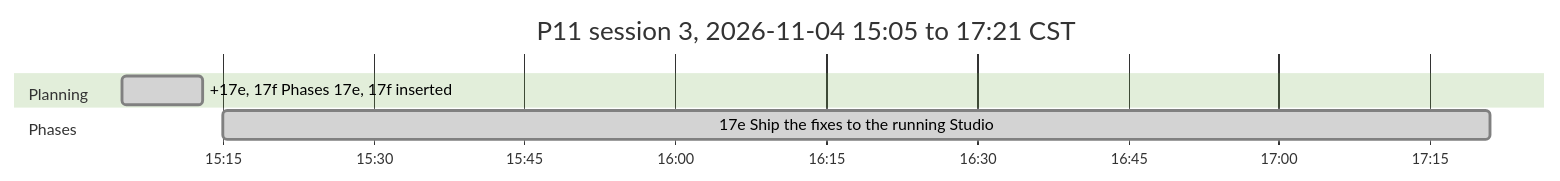
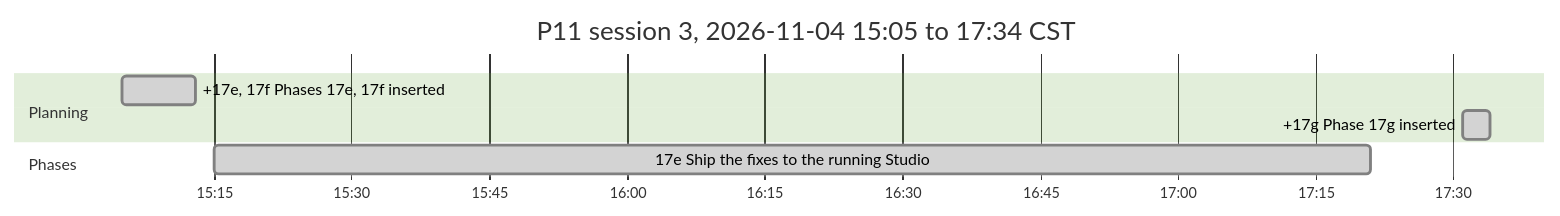
Before and after one commit to antonizick/project1111: the third of 3 diagrams in P11_IMPLEMENTATION_PLAN.md, drawn with Mermaid (forest theme). The commit also changed other lines of this file and 5 other files, not shown here.

Commit message:
docs(plan): add phase 17g (Inpaint default, gallery sizes and picker)

````diff
--- a/P11_IMPLEMENTATION_PLAN.md
+++ b/P11_IMPLEMENTATION_PLAN.md
@@ -117,10 +118,11 @@
 ```mermaid
 gantt
-    title P11 session 3, 2026-11-04 15:05 to 17:21 CST
+    title P11 session 3, 2026-11-04 15:05 to 17:34 CST
     dateFormat YYYY-MM-DD HH:mm
     axisFormat %H:%M
     section Planning
     +17e, 17f Phases 17e, 17f inserted :done, plan5, 2026-11-04 15:05, 2026-11-04 15:13
+    +17g Phase 17g inserted :done, plan6, 2026-11-04 17:31, 2026-11-04 17:34
     section Phases
     17e Ship the fixes to the running Studio :done, p17es3, 2026-11-04 15:15, 2026-11-04 17:21
 ```
````
